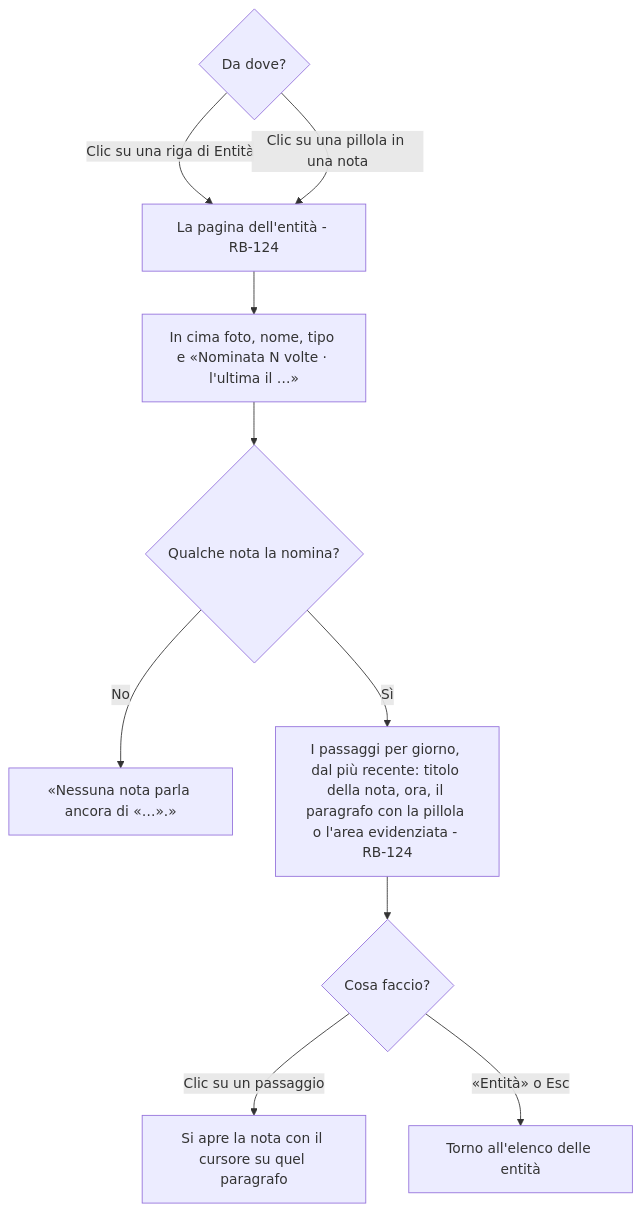
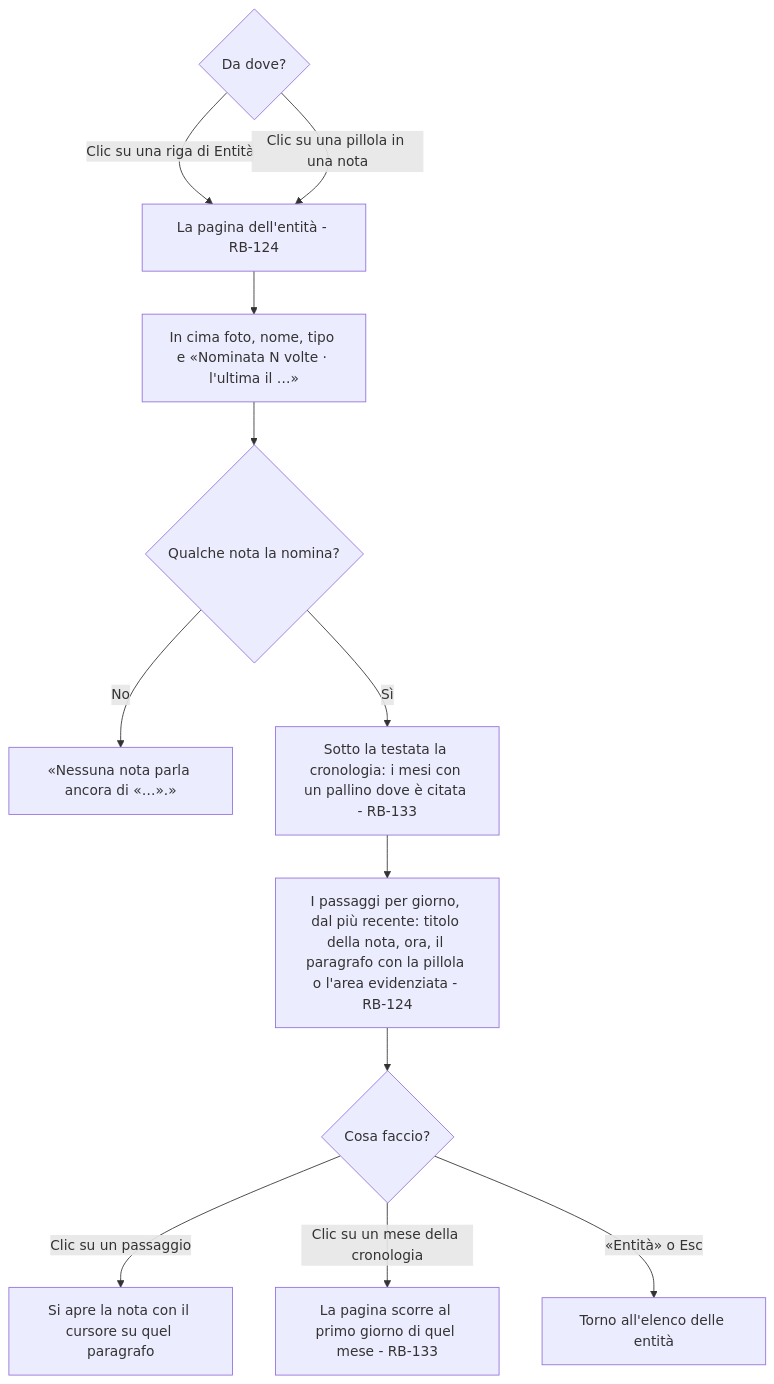
The tenth of 12 diagrams in docs/moduli/net/2-flussi.md (Helmutsti/MemoDu), drawn with Mermaid before and after one commit. The commit also changed other lines of this file and 12 other files, not shown here.

First line of the commit message:
RF-18 DEC-150 RB-133: cronologia nella pagina dell'entità

````diff
--- a/docs/moduli/net/2-flussi.md
+++ b/docs/moduli/net/2-flussi.md
@@ -257,12 +257,14 @@
 ```mermaid
 flowchart TD
     A{Da dove?} -- Clic su una riga di Entità --> C[La pagina dell'entità - RB-124]
     A -- Clic su una pillola in una nota --> C
     C --> D[In cima foto, nome, tipo e «Nominata N volte · l'ultima il …»]
     D --> E{Qualche nota la nomina?}
     E -- No --> F[«Nessuna nota parla ancora di «…».»]
-    E -- Sì --> G[I passaggi per giorno, dal più recente: titolo della nota, ora, il paragrafo con la pillola o l'area evidenziata - RB-124]
+    E -- Sì --> K[Sotto la testata la cronologia: i mesi con un pallino dove è citata - RB-133]
+    K --> G[I passaggi per giorno, dal più recente: titolo della nota, ora, il paragrafo con la pillola o l'area evidenziata - RB-124]
     G --> H{Cosa faccio?}
     H -- Clic su un passaggio --> I[Si apre la nota con il cursore su quel paragrafo]
+    H -- Clic su un mese della cronologia --> L[La pagina scorre al primo giorno di quel mese - RB-133]
     H -- «Entità» o Esc --> J[Torno all'elenco delle entità]
 ```
````
